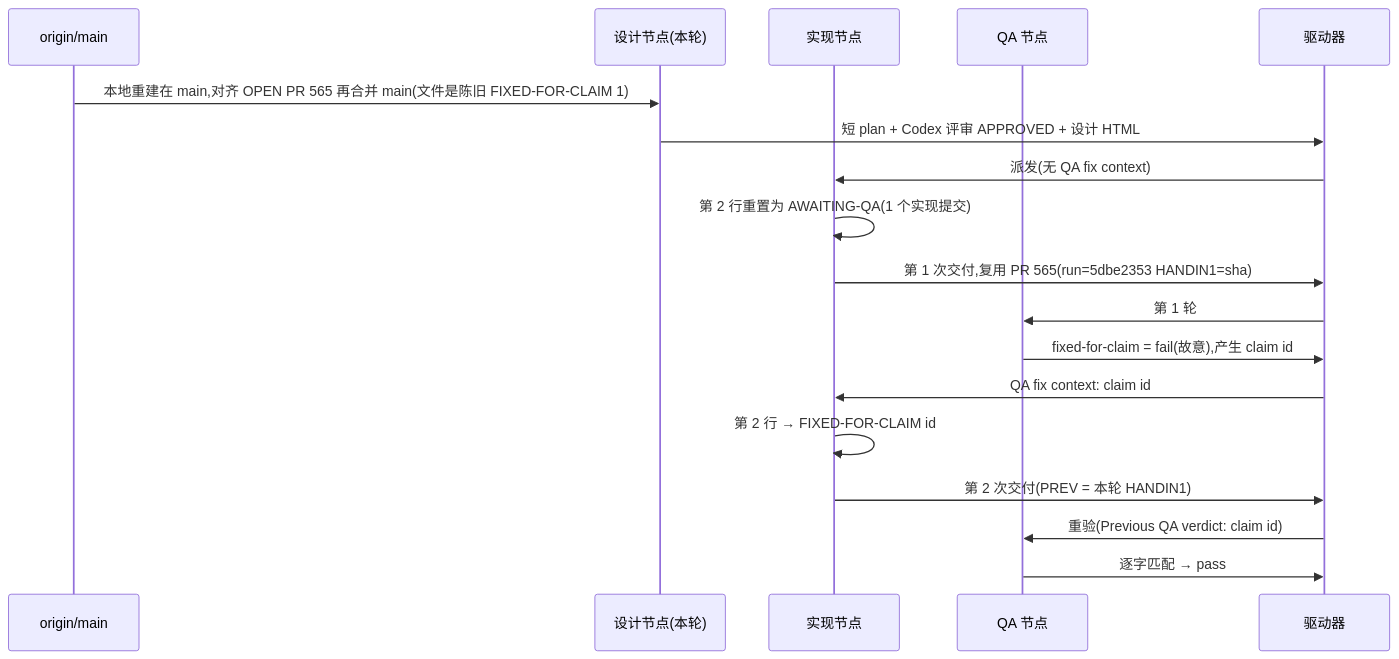
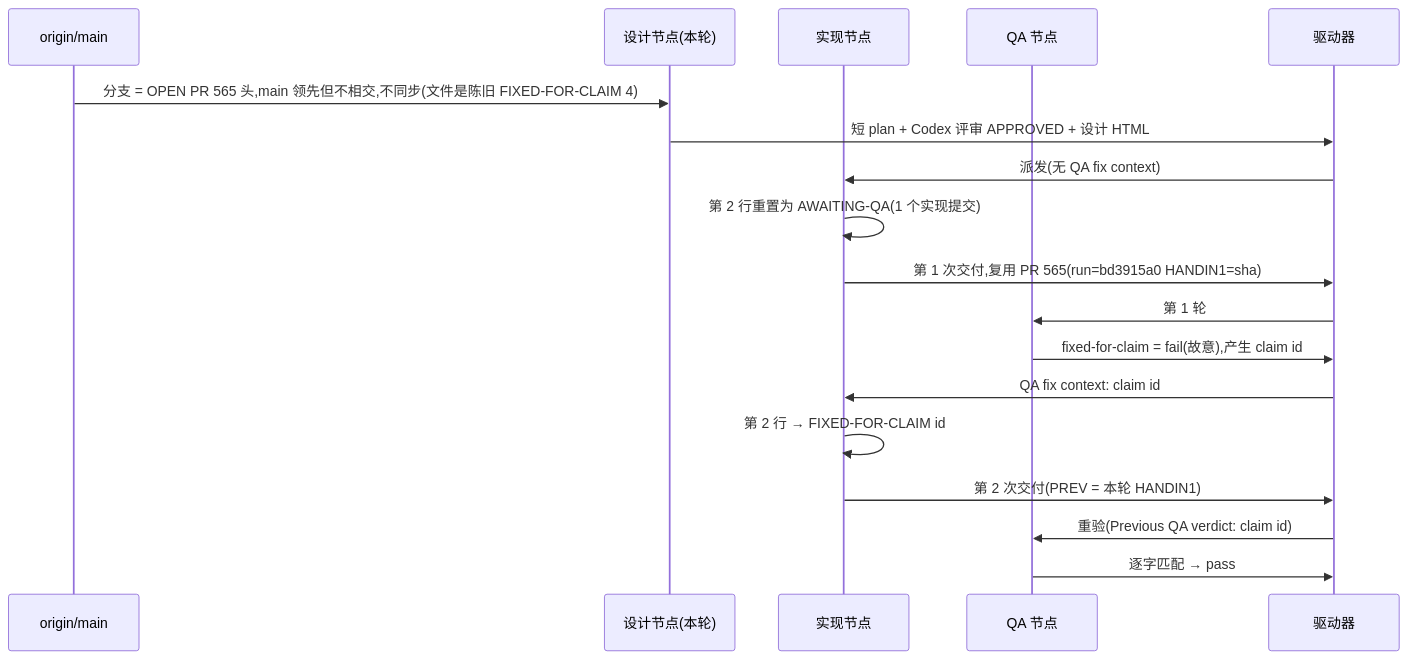
The diagram in engineering/doc/FLY-3150-real-runner-drill/d1-core-flow.mmd (xrliAnnie/flywheel-qa-sandbox), drawn with Mermaid before and after one commit. The commit also changed 3 other files, not shown here.

```diff
--- a/engineering/doc/FLY-3150-real-runner-drill/d1-core-flow.mmd
+++ b/engineering/doc/FLY-3150-real-runner-drill/d1-core-flow.mmd
@@ -1,18 +1,18 @@
 sequenceDiagram
     participant M as origin/main
     participant S as 设计节点(本轮)
     participant I as 实现节点
     participant Q as QA 节点
     participant D as 驱动器
-    M->>S: 本地重建在 main,对齐 OPEN PR 565 再合并 main(文件是陈旧 FIXED-FOR-CLAIM 1)
+    M->>S: 分支 = OPEN PR 565 头,main 领先但不相交,不同步(文件是陈旧 FIXED-FOR-CLAIM 4)
     S->>D: 短 plan + Codex 评审 APPROVED + 设计 HTML
     D->>I: 派发(无 QA fix context)
     I->>I: 第 2 行重置为 AWAITING-QA(1 个实现提交)
-    I->>D: 第 1 次交付,复用 PR 565(run=5dbe2353 HANDIN1=sha)
+    I->>D: 第 1 次交付,复用 PR 565(run=bd3915a0 HANDIN1=sha)
     D->>Q: 第 1 轮
     Q->>D: fixed-for-claim = fail(故意),产生 claim id
     D->>I: QA fix context: claim id
     I->>I: 第 2 行 → FIXED-FOR-CLAIM id
     I->>D: 第 2 次交付(PREV = 本轮 HANDIN1)
     D->>Q: 重验(Previous QA verdict: claim id)
     Q->>D: 逐字匹配 → pass
```
